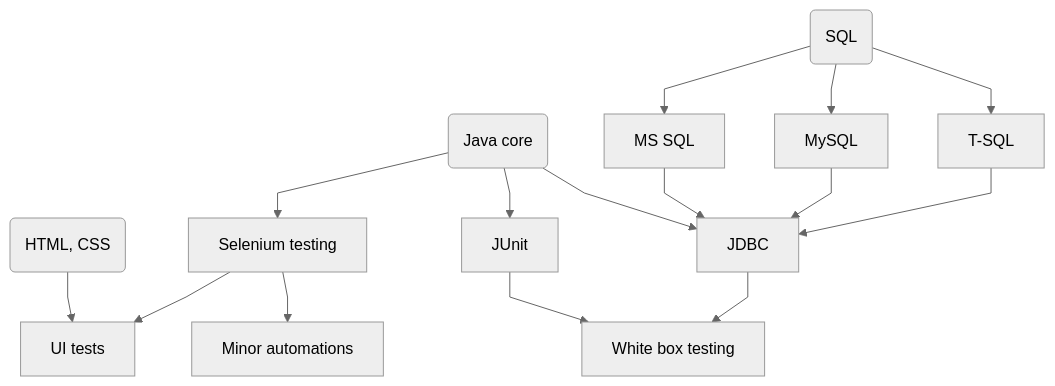
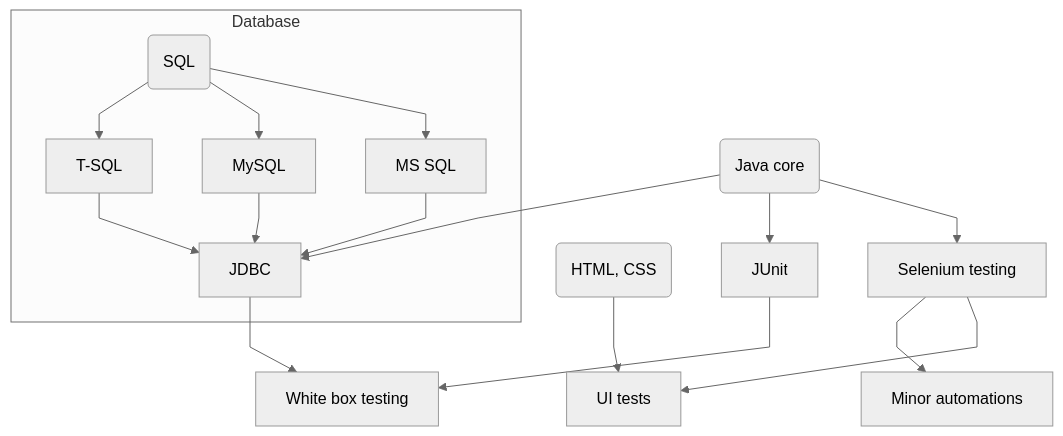
One commit to Eekain/Eekain changed the diagram in README.md. Above: the diagram before and after it, drawn with Mermaid (neutral theme).

````diff
--- a/README.md
+++ b/README.md
@@ -19,11 +19,13 @@
 ```mermaid
   %%{init: { "flowchart": { "htmlLabels": true, "curve": "linear" } } }%%
   graph TD;
       D(HTML, CSS) --> E[UI tests];
       A(Java core) --> B[Selenium testing];
       B --> E & F[Minor automations];
-      C(SQL) --> H[MS SQL] & I[MySQL] & J[T-SQL];
+      subgraph Database
+        C(SQL) --> H[MS SQL] & I[MySQL] & J[T-SQL];
+        H --> G[JDBC];
+      end
       A --> L[JUnit] --> K[White box testing];
-      H --> G[JDBC];
       A & I & J--> G --> K;
 ```
````
